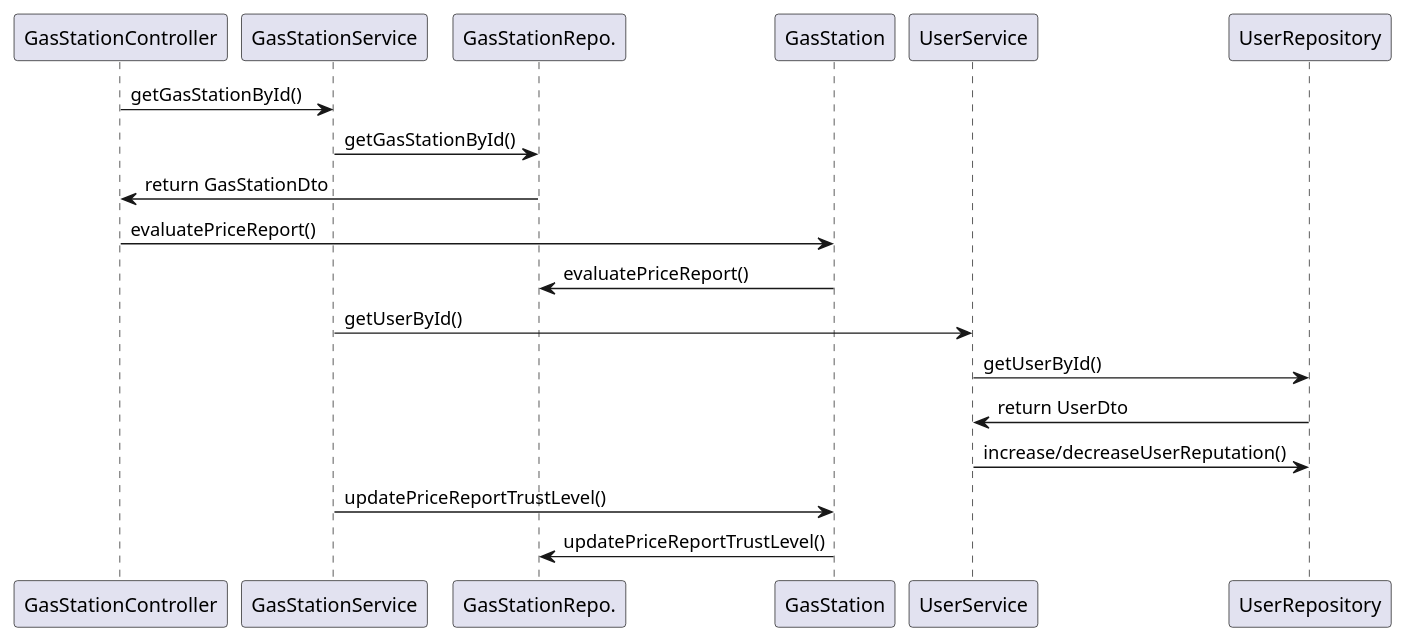
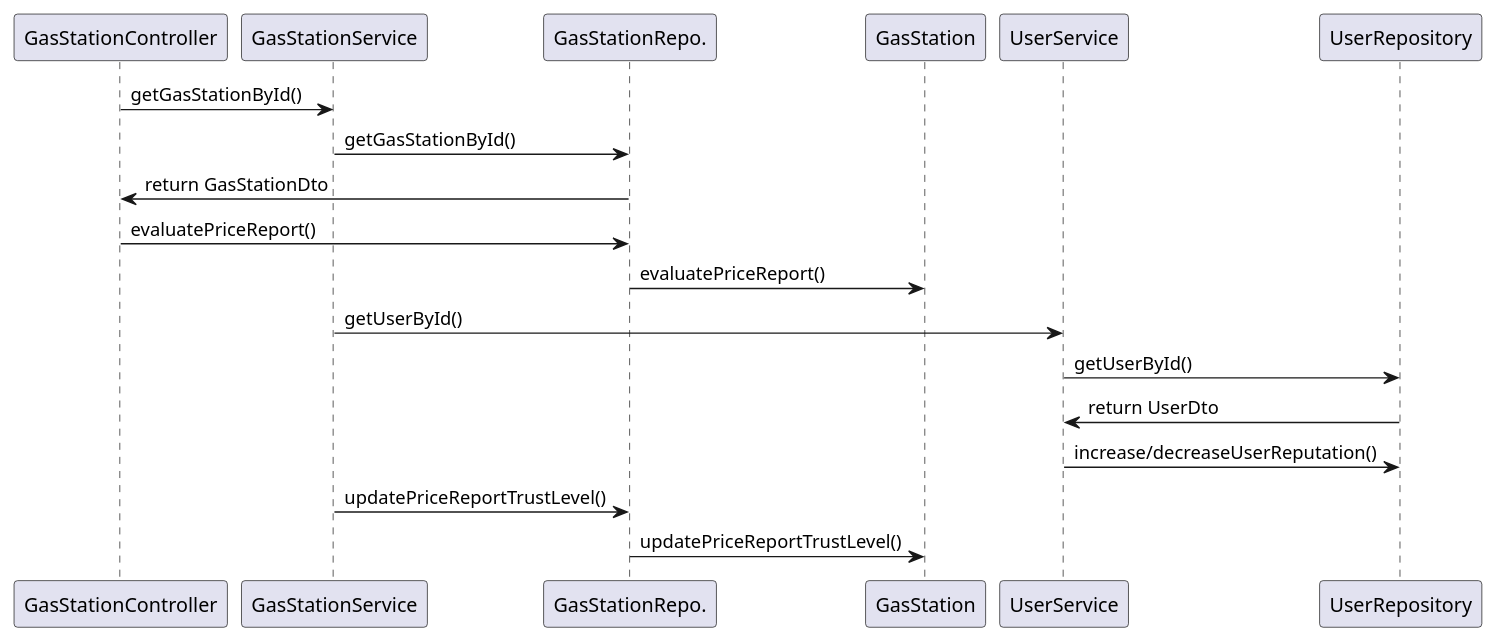
Before and after one commit to aureliocirella/se1-ezgas: the fifth of 6 diagrams in docs/DesignDocument.md, drawn with PlantUML. The commit also changed other lines of this file, not shown here.

First line of the commit message:
fix: traceability matrix and sequence diagram updated

````diff
--- a/docs/DesignDocument.md
+++ b/docs/DesignDocument.md
@@ -495,16 +495,16 @@
 ```plantuml
 @startuml
 GasStationController -> GasStationService: getGasStationById()
 GasStationService -> GasStationRepo.: getGasStationById()
 GasStationRepo. -> GasStationController: return GasStationDto
-GasStationController -> GasStation: evaluatePriceReport()
-GasStation -> GasStationRepo.: evaluatePriceReport()
+GasStationController -> GasStationRepo.: evaluatePriceReport()
+GasStation <- GasStationRepo.: evaluatePriceReport()
 GasStationService -> UserService: getUserById()
 UserService -> UserRepository : getUserById()
 UserRepository -> UserService: return UserDto
 UserService -> UserRepository: increase/decreaseUserReputation()
-GasStationService -> GasStation: updatePriceReportTrustLevel()
-GasStation -> GasStationRepo.: updatePriceReportTrustLevel()
+GasStationService -> GasStationRepo.: updatePriceReportTrustLevel()
+GasStation <- GasStationRepo.: updatePriceReportTrustLevel()
 
 @enduml
 ```
````
